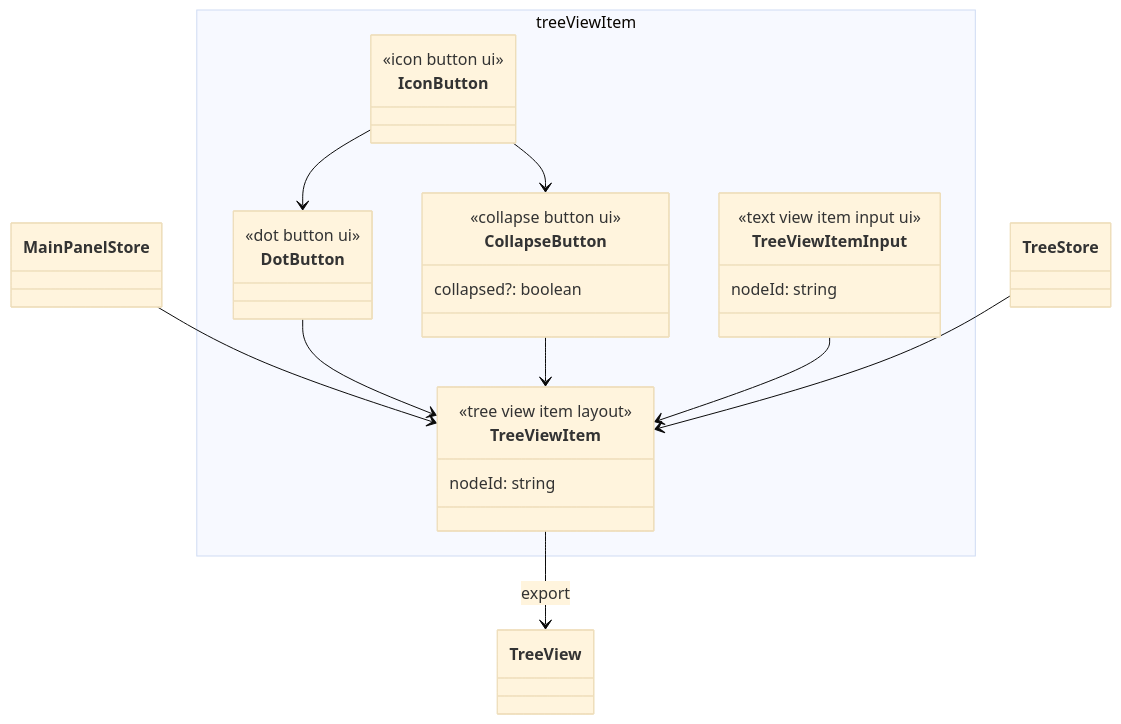
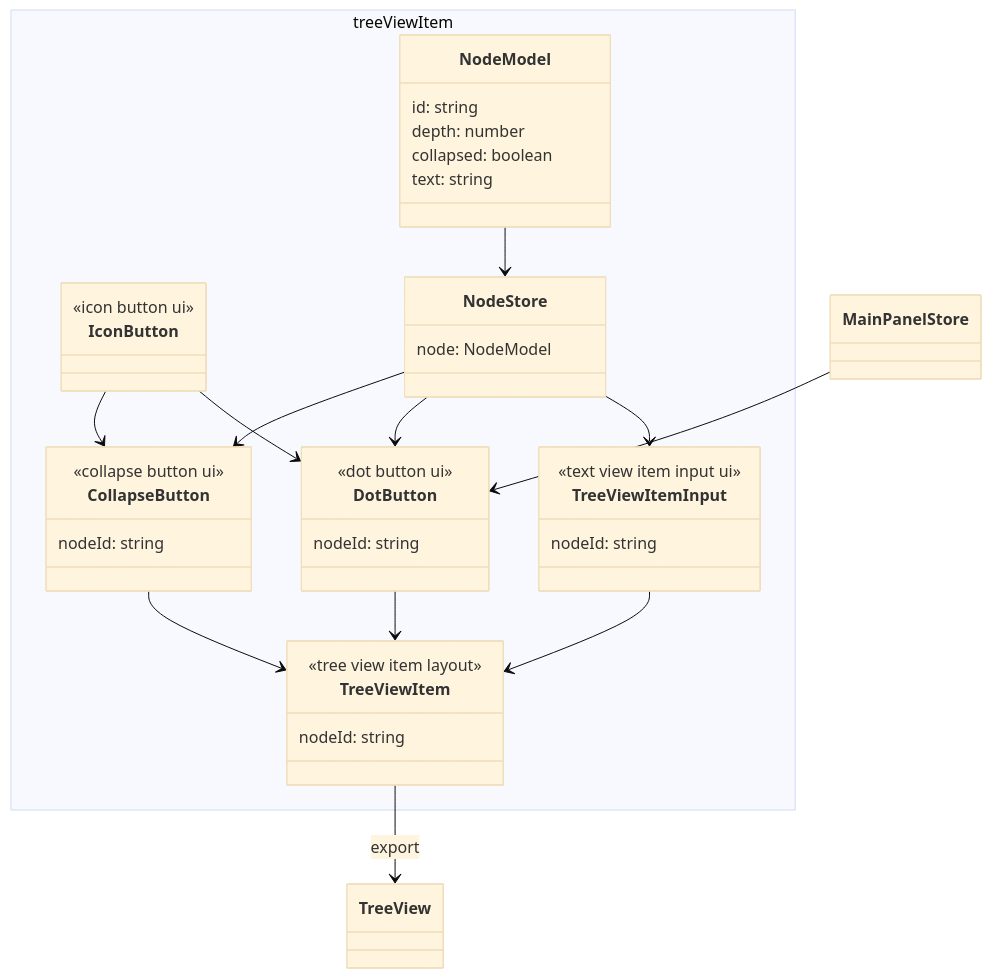
One commit to wes5510/voyl changed the diagram in src/renderer/src/components/Body/MainPanel/TreeView/TreeViewItem/MODEL.md. Above: the diagram before and after it, drawn with Mermaid (base theme). The commit also changed 11 other files, not shown here.

````diff
--- a/src/renderer/src/components/Body/MainPanel/TreeView/TreeViewItem/MODEL.md
+++ b/src/renderer/src/components/Body/MainPanel/TreeView/TreeViewItem/MODEL.md
@@ -1,37 +1,51 @@
 ```mermaid
 classDiagram
-  TreeViewItem --> TreeView: export
-  MainPanelStore --> TreeViewItem
-
   namespace treeViewItem {
     class TreeViewItem {
     <<tree view item layout>>
       nodeId: string
     }
 
     class IconButton {
       <<icon button ui>>
     }
 
     class CollapseButton {
       <<collapse button ui>>
-      collapsed?: boolean
+      nodeId: string
     }
 
     class DotButton {
       <<dot button ui>>
+      nodeId: string
     }
 
     class TreeViewItemInput {
       <<text view item input ui>>
       nodeId: string
     }
+
+    class NodeStore {
+      node: NodeModel
+    }
+
+    class NodeModel {
+      id: string
+      depth: number
+      collapsed: boolean
+      text: string
+    }
   }
 
+  TreeViewItem --> TreeView: export
   IconButton --> CollapseButton
   IconButton --> DotButton
+  TreeViewItemInput --> TreeViewItem
+  MainPanelStore --> DotButton
+  NodeModel --> NodeStore
+  CollapseButton --> TreeViewItem
   DotButton --> TreeViewItem
-  CollapseButton --> TreeViewItem
-  TreeViewItemInput --> TreeViewItem
-  TreeStore --> TreeViewItem
+  NodeStore --> CollapseButton
+  NodeStore --> DotButton
+  NodeStore --> TreeViewItemInput
 ```
````
